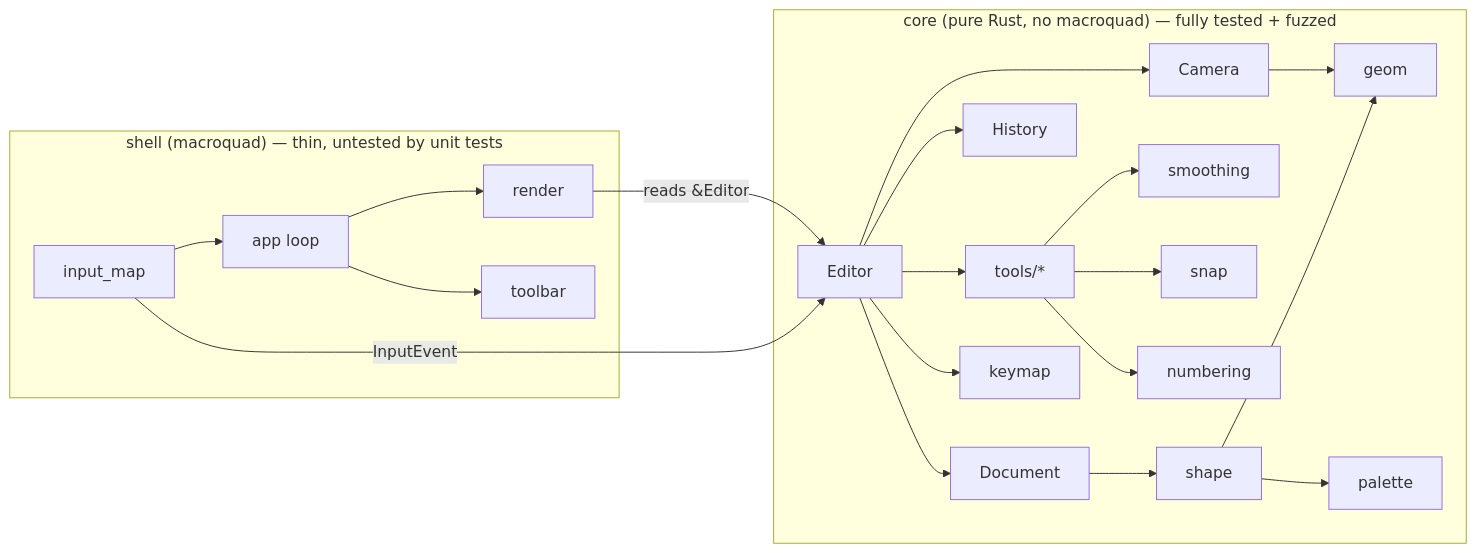
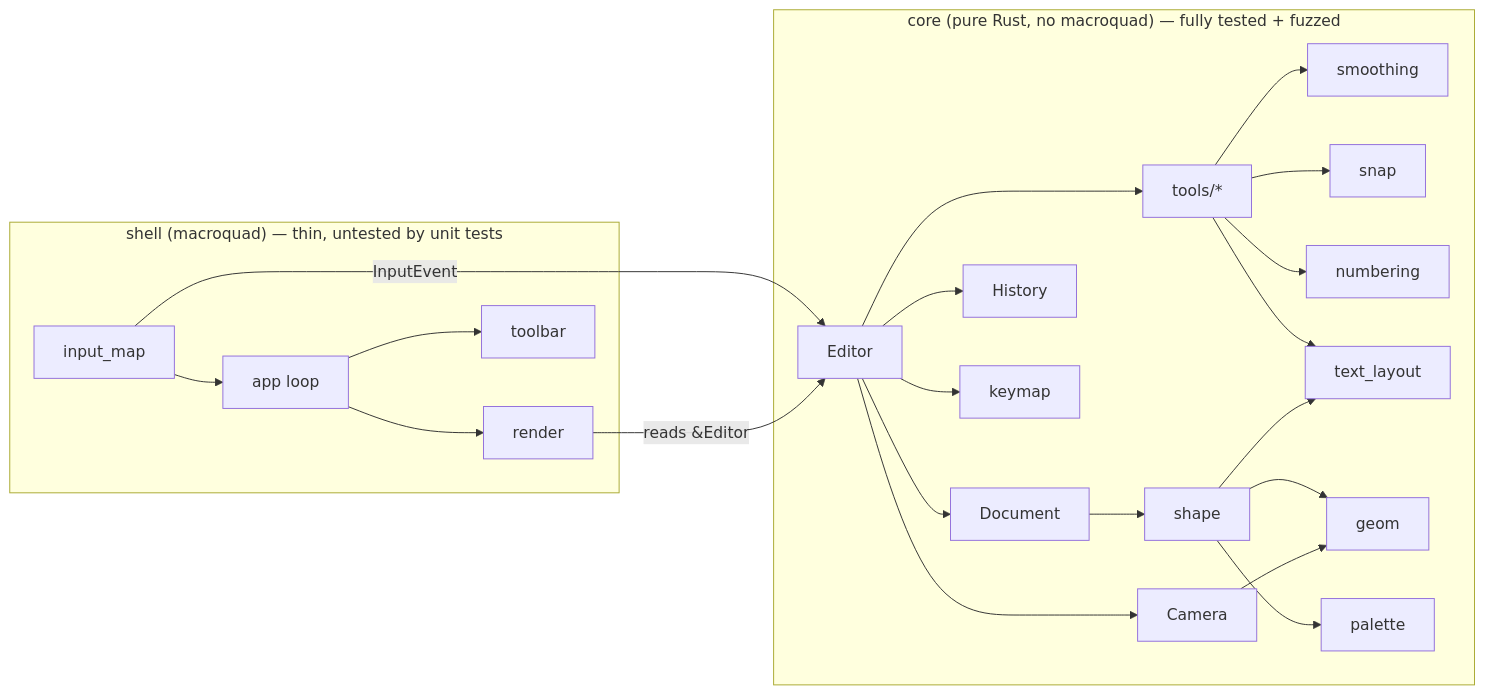
Before and after one commit to UmBender/draw: the diagram in docs/architecture/Architecture.md, drawn with Mermaid. The commit also changed other lines of this file and 5 other files, not shown here.

````diff
--- a/docs/architecture/Architecture.md
+++ b/docs/architecture/Architecture.md
@@ -14,24 +14,26 @@
 ```mermaid
 flowchart LR
   subgraph shell["shell (macroquad) — thin, untested by unit tests"]
     IM[input_map] --> APP[app loop]
     APP --> R[render]
     APP --> TB[toolbar]
   end
   subgraph core["core (pure Rust, no macroquad) — fully tested + fuzzed"]
     ED[Editor] --> DOC[Document]
     ED --> HIS[History]
     ED --> CAM[Camera]
     ED --> TOOLS[tools/*]
     ED --> KM[keymap]
     TOOLS --> SM[smoothing]
     TOOLS --> SNAP[snap]
     TOOLS --> NUM[numbering]
+    TOOLS --> TL[text_layout]
+    SH --> TL
     DOC --> SH[shape]
     SH --> G[geom]
     CAM --> G
     SH --> PAL[palette]
   end
   IM -- "InputEvent" --> ED
   R -- "reads &Editor" --> ED
 ```
````
